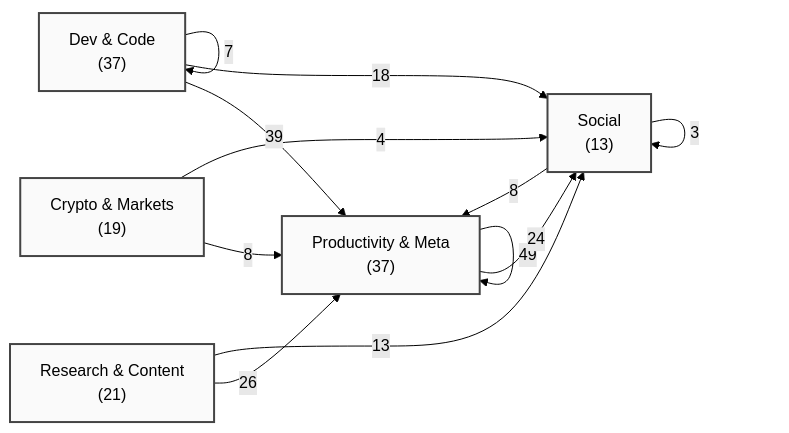
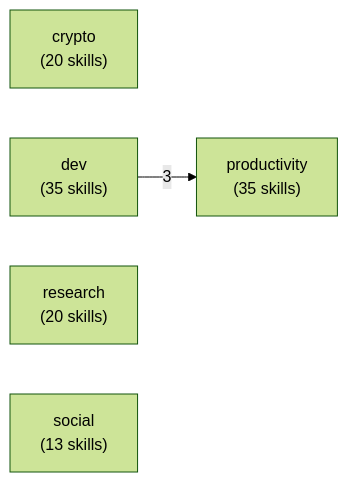
Before and after one commit to anajuliabit/aeon: the first of 7 diagrams in docs/skill-graph.md, drawn with Mermaid (forest theme). The commit also changed other lines of this file and 2 other files, not shown here.

Commit message:
docs(skill-graph): regenerate map (RETIRED_SKILLS: -4 | SHARED_STATE_EDGES: 195->9)

````diff
--- a/docs/skill-graph.md
+++ b/docs/skill-graph.md
@@ -23,22 +22,9 @@
 ```mermaid
 flowchart LR
-    research["Research & Content<br/>(21)"]:::cat
-    dev["Dev & Code<br/>(37)"]:::cat
-    crypto["Crypto & Markets<br/>(19)"]:::cat
-    social["Social<br/>(13)"]:::cat
-    productivity["Productivity & Meta<br/>(37)"]:::cat
-
-    productivity -- "49" --> productivity
-    dev -- "39" --> productivity
-    research -- "26" --> productivity
-    productivity -- "24" --> social
-    dev -- "18" --> social
-    research -- "13" --> social
-    crypto -- "8" --> productivity
-    social -- "8" --> productivity
-    dev -- "7" --> dev
-    crypto -- "4" --> social
-    social -- "3" --> social
-
-    classDef cat fill:#fafafa,stroke:#444,stroke-width:2px,color:#000
+  crypto["crypto<br/>(20 skills)"]
+  dev["dev<br/>(35 skills)"]
+  productivity["productivity<br/>(35 skills)"]
+  research["research<br/>(20 skills)"]
+  social["social<br/>(13 skills)"]
+  dev -->|3| productivity
 ```
````
